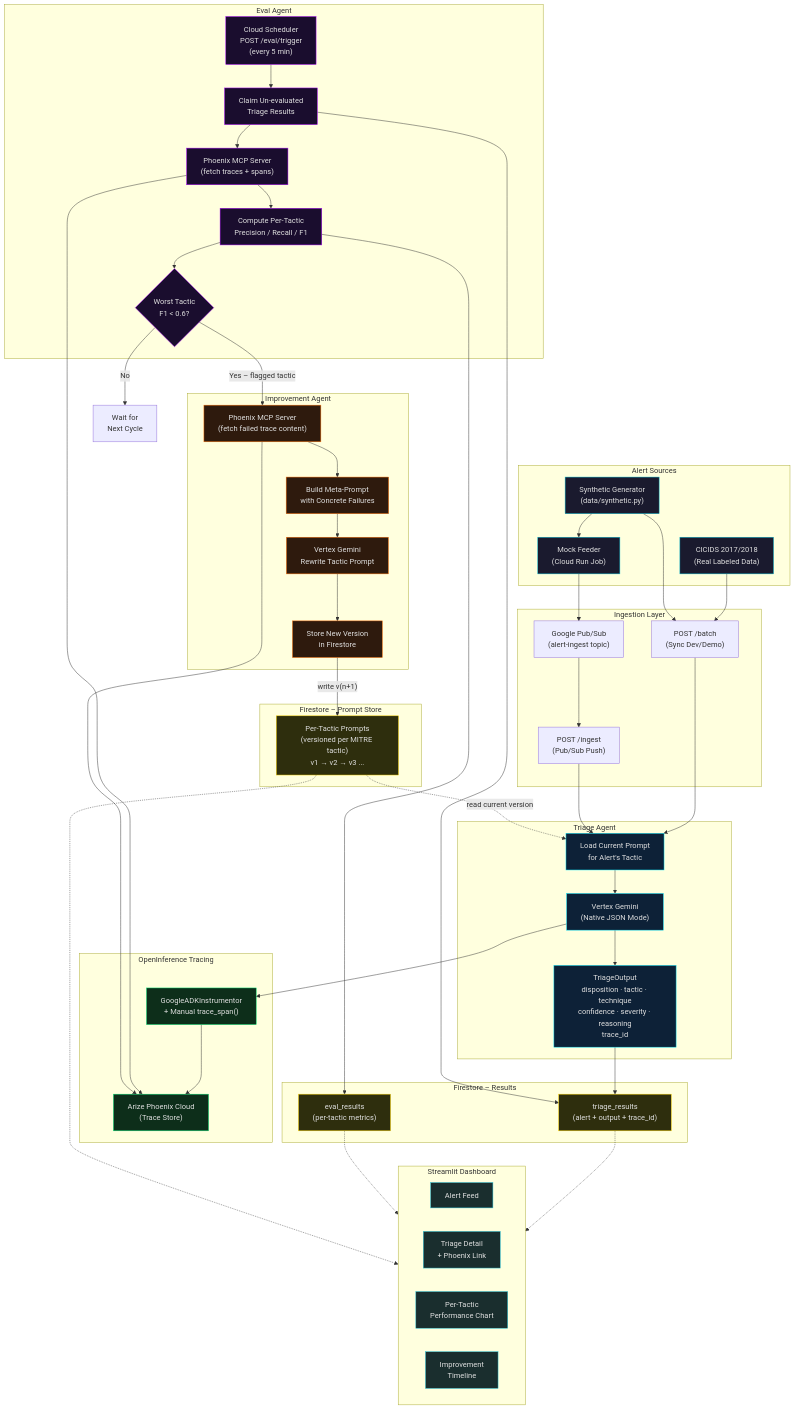
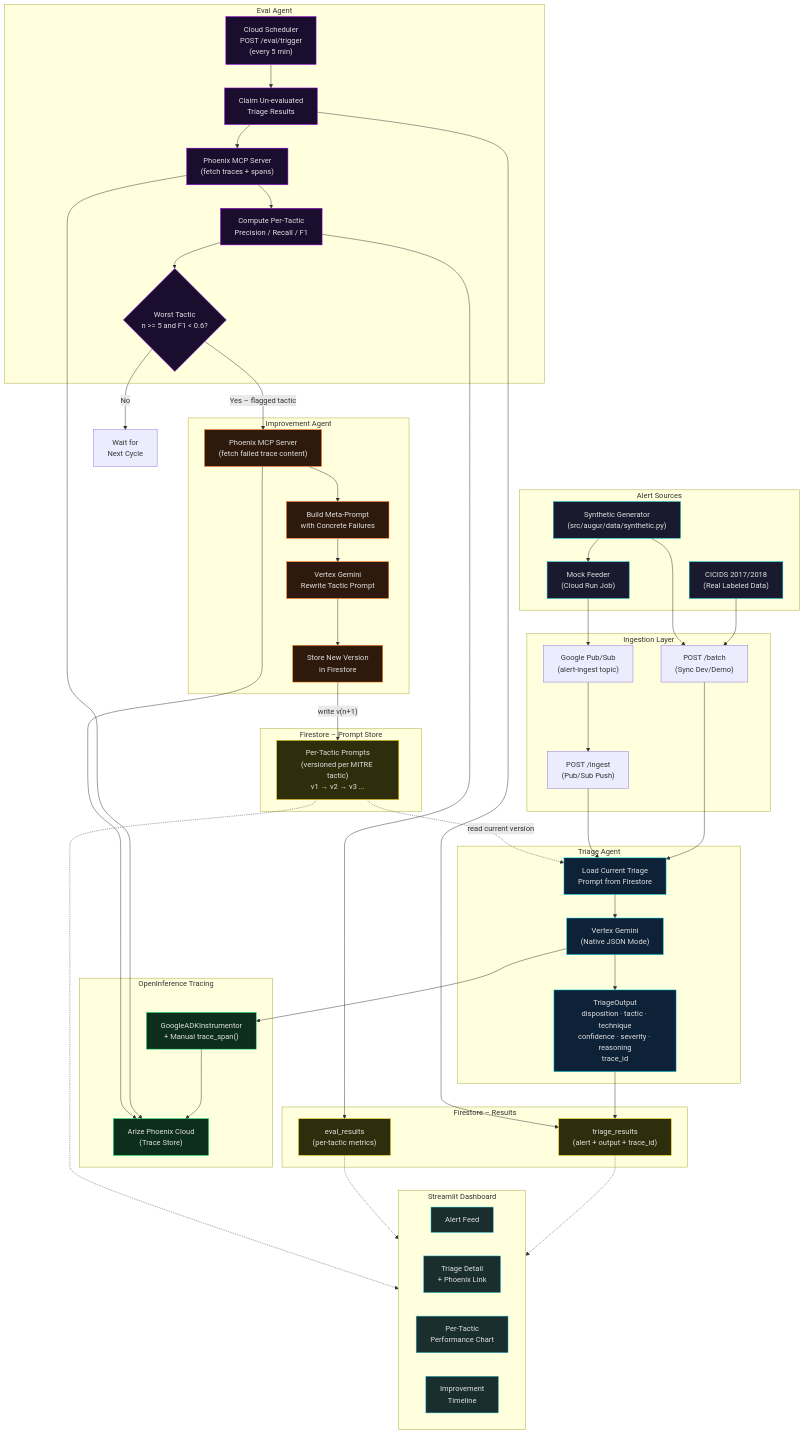
The diagram in docs/augur-flow-diagram.mmd (sarahsl-prog/Augur), drawn with Mermaid before and after one commit. The commit also changed 1 other file, not shown here.

Commit message:
fix: Address review feedback on flow diagram
- Use full module path src/augur/data/synthetic.py
- Add n >= 5 guard to eval flagging condition
- Reword triage prompt loading node to avoid implying tactic is pre-known

https://claude.ai/code/session_01SUCDYcSid3Ji6B4w4NEhpi

```diff
--- a/docs/augur-flow-diagram.mmd
+++ b/docs/augur-flow-diagram.mmd
@@ -1,115 +1,115 @@
 flowchart TB
     subgraph INPUT["Alert Sources"]
         CICIDS["CICIDS 2017/2018\n(Real Labeled Data)"]
-        SYNTH["Synthetic Generator\n(data/synthetic.py)"]
+        SYNTH["Synthetic Generator\n(src/augur/data/synthetic.py)"]
         FEEDER["Mock Feeder\n(Cloud Run Job)"]
     end
 
     subgraph INGEST["Ingestion Layer"]
         PUBSUB["Google Pub/Sub\n(alert-ingest topic)"]
         BATCH_EP["POST /batch\n(Sync Dev/Demo)"]
         INGEST_EP["POST /ingest\n(Pub/Sub Push)"]
     end
 
     subgraph FIRESTORE_PROMPTS["Firestore – Prompt Store"]
         PROMPT_V["Per-Tactic Prompts\n(versioned per MITRE tactic)\nv1 → v2 → v3 ..."]
     end
 
     subgraph TRIAGE["Triage Agent"]
-        LOAD_PROMPT["Load Current Prompt\nfor Alert's Tactic"]
+        LOAD_PROMPT["Load Current Triage\nPrompt from Firestore"]
         GEMINI_CALL["Vertex Gemini\n(Native JSON Mode)"]
         TRIAGE_OUT["TriageOutput\ndisposition · tactic · technique\nconfidence · severity · reasoning\ntrace_id"]
     end
 
     subgraph TRACING["OpenInference Tracing"]
         OI["GoogleADKInstrumentor\n+ Manual trace_span()"]
         PHOENIX["Arize Phoenix Cloud\n(Trace Store)"]
     end
 
     subgraph PERSIST["Firestore – Results"]
         TRIAGE_RES["triage_results\n(alert + output + trace_id)"]
         EVAL_RES["eval_results\n(per-tactic metrics)"]
     end
 
     subgraph EVAL["Eval Agent"]
         SCHED["Cloud Scheduler\nPOST /eval/trigger\n(every 5 min)"]
         CLAIM["Claim Un-evaluated\nTriage Results"]
         MCP_EVAL["Phoenix MCP Server\n(fetch traces + spans)"]
         METRICS["Compute Per-Tactic\nPrecision / Recall / F1"]
-        FLAG{"Worst Tactic\nF1 < 0.6?"}
+        FLAG{"Worst Tactic\nn >= 5 and F1 < 0.6?"}
     end
 
     subgraph IMPROVE["Improvement Agent"]
         MCP_IMP["Phoenix MCP Server\n(fetch failed trace content)"]
         META["Build Meta-Prompt\nwith Concrete Failures"]
         REWRITE["Vertex Gemini\nRewrite Tactic Prompt"]
         STORE_V["Store New Version\nin Firestore"]
     end
 
     subgraph DASH["Streamlit Dashboard"]
         P1["Alert Feed"]
         P2["Triage Detail\n+ Phoenix Link"]
         P3["Per-Tactic\nPerformance Chart"]
         P4["Improvement\nTimeline"]
     end
 
     %% Input flows
     CICIDS --> BATCH_EP
     SYNTH --> BATCH_EP
     SYNTH --> FEEDER
     FEEDER --> PUBSUB
     PUBSUB --> INGEST_EP
 
     %% Triage flow
     BATCH_EP --> LOAD_PROMPT
     INGEST_EP --> LOAD_PROMPT
     PROMPT_V -.->|"read current version"| LOAD_PROMPT
     LOAD_PROMPT --> GEMINI_CALL
     GEMINI_CALL --> TRIAGE_OUT
 
     %% Tracing
     GEMINI_CALL --> OI
     OI --> PHOENIX
 
     %% Persist triage
     TRIAGE_OUT --> TRIAGE_RES
 
     %% Eval flow
     SCHED --> CLAIM
     CLAIM --> TRIAGE_RES
     CLAIM --> MCP_EVAL
     MCP_EVAL --> PHOENIX
     MCP_EVAL --> METRICS
     METRICS --> FLAG
     METRICS --> EVAL_RES
     FLAG -->|"No"| DONE["Wait for\nNext Cycle"]
     FLAG -->|"Yes – flagged tactic"| MCP_IMP
 
     %% Improvement flow
     MCP_IMP --> PHOENIX
     MCP_IMP --> META
     META --> REWRITE
     REWRITE --> STORE_V
     STORE_V -->|"write v(n+1)"| PROMPT_V
 
     %% Dashboard reads
     TRIAGE_RES -.-> DASH
     EVAL_RES -.-> DASH
     PROMPT_V -.-> DASH
 
     %% Styling
     classDef inputCls fill:#1a1a2e,stroke:#00bcd4,color:#e0e0e0
     classDef triageCls fill:#0d2137,stroke:#00e5ff,color:#e0e0e0
     classDef evalCls fill:#1a0d2e,stroke:#aa00ff,color:#e0e0e0
     classDef improveCls fill:#2e1a0d,stroke:#ff6d00,color:#e0e0e0
     classDef traceCls fill:#0d2e1a,stroke:#00e676,color:#e0e0e0
     classDef storeCls fill:#2e2e0d,stroke:#ffd600,color:#e0e0e0
     classDef dashCls fill:#1a2e2e,stroke:#26c6da,color:#e0e0e0
 
     class CICIDS,SYNTH,FEEDER inputCls
     class LOAD_PROMPT,GEMINI_CALL,TRIAGE_OUT triageCls
     class SCHED,CLAIM,MCP_EVAL,METRICS,FLAG evalCls
     class MCP_IMP,META,REWRITE,STORE_V improveCls
     class OI,PHOENIX traceCls
     class PROMPT_V,TRIAGE_RES,EVAL_RES storeCls
     class P1,P2,P3,P4 dashCls
```
